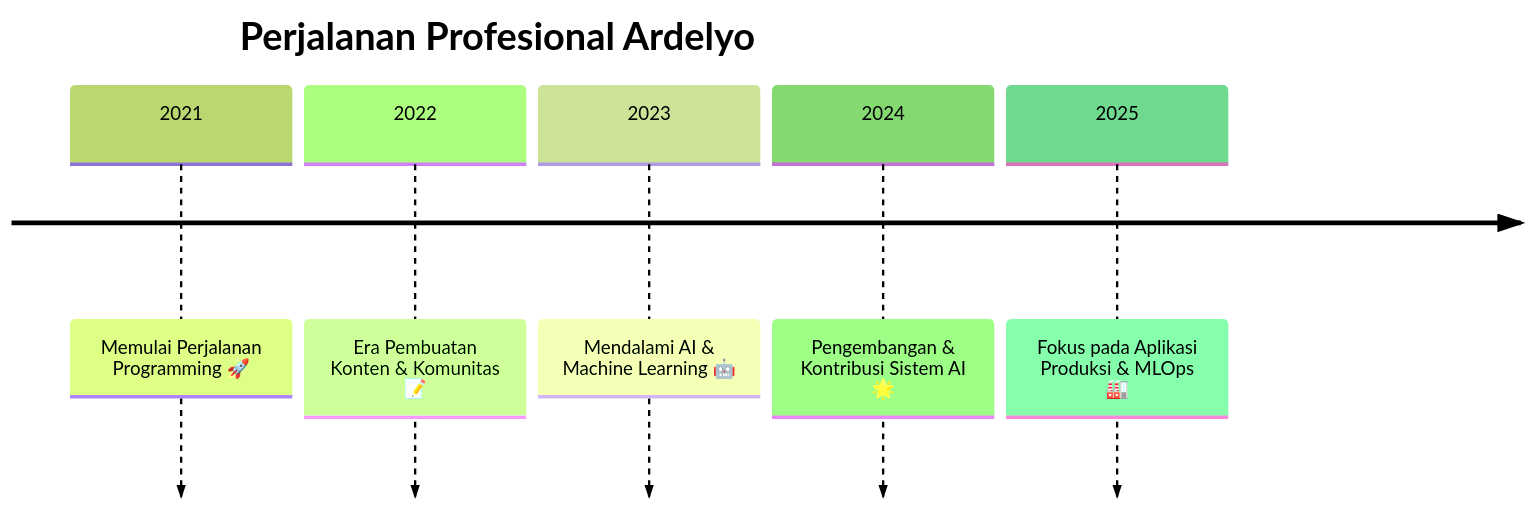
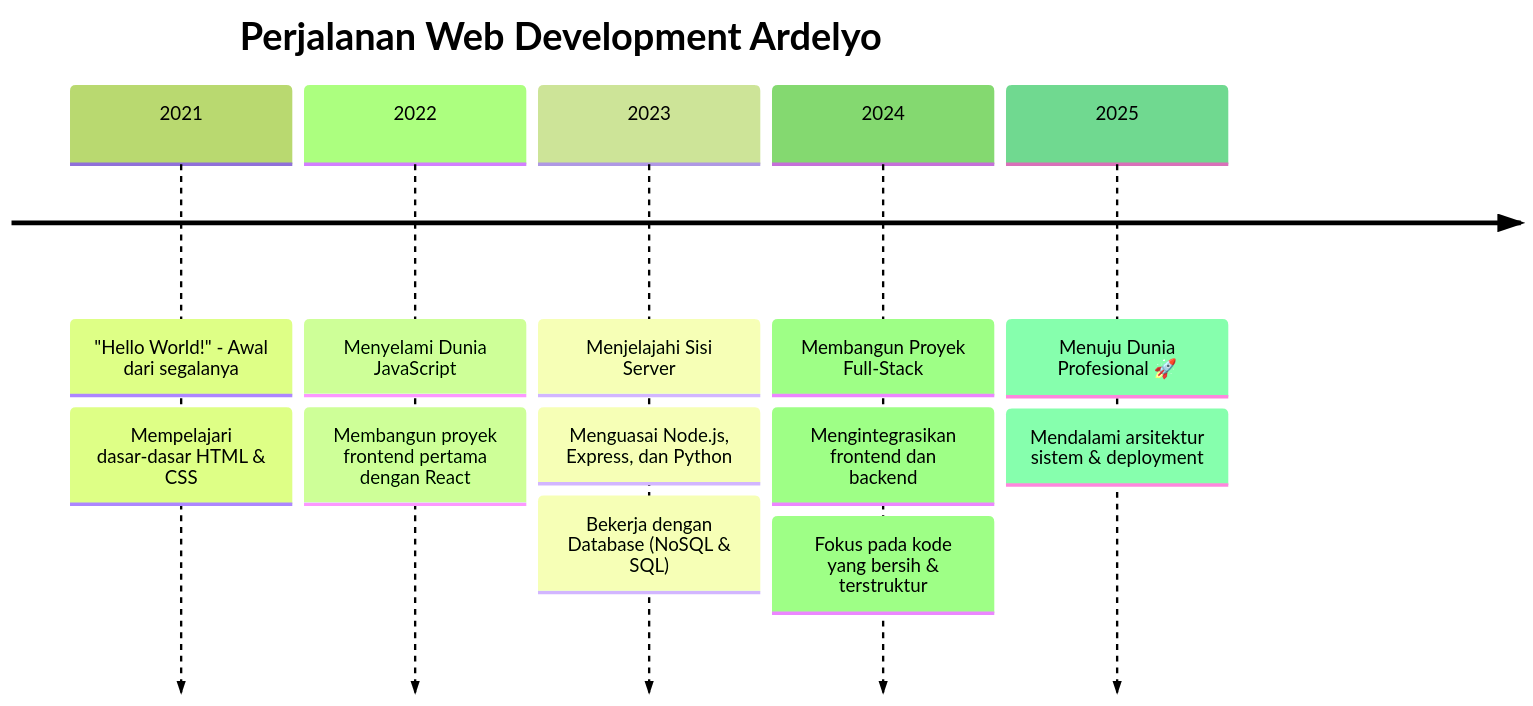
Before and after one commit to Ardelyo/Ardelyo: the diagram in README.md, drawn with Mermaid (forest theme). The commit also changed other lines of this file, not shown here.

````diff
--- a/README.md
+++ b/README.md
@@ -155,9 +156,16 @@
 ```mermaid
 timeline
-    title Perjalanan Profesional Ardelyo
-    2021 : Memulai Perjalanan Programming 🚀
-    2022 : Era Pembuatan Konten & Komunitas 📝
-    2023 : Mendalami AI & Machine Learning 🤖
-    2024 : Pengembangan & Kontribusi Sistem AI 🌟
-    2025 : Fokus pada Aplikasi Produksi & MLOps 🏭
+    title Perjalanan Web Development Ardelyo
+    2021 : "Hello World!" - Awal dari segalanya
+         : Mempelajari dasar-dasar HTML & CSS
+    2022 : Menyelami Dunia JavaScript
+         : Membangun proyek frontend pertama dengan React
+    2023 : Menjelajahi Sisi Server
+         : Menguasai Node.js, Express, dan Python
+         : Bekerja dengan Database (NoSQL & SQL)
+    2024 : Membangun Proyek Full-Stack
+         : Mengintegrasikan frontend dan backend
+         : Fokus pada kode yang bersih & terstruktur
+    2025 : Menuju Dunia Profesional 🚀
+         : Mendalami arsitektur sistem & deployment
 ```
````
